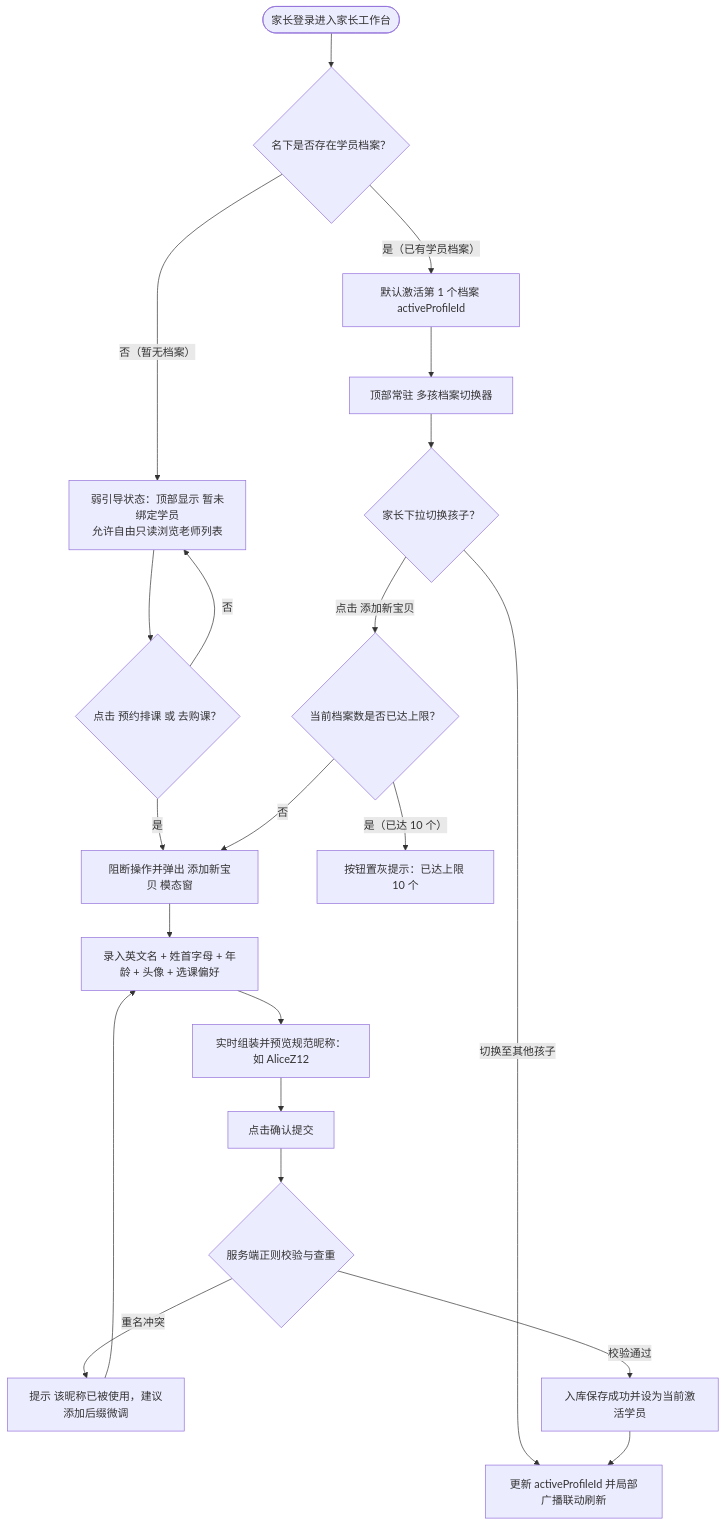
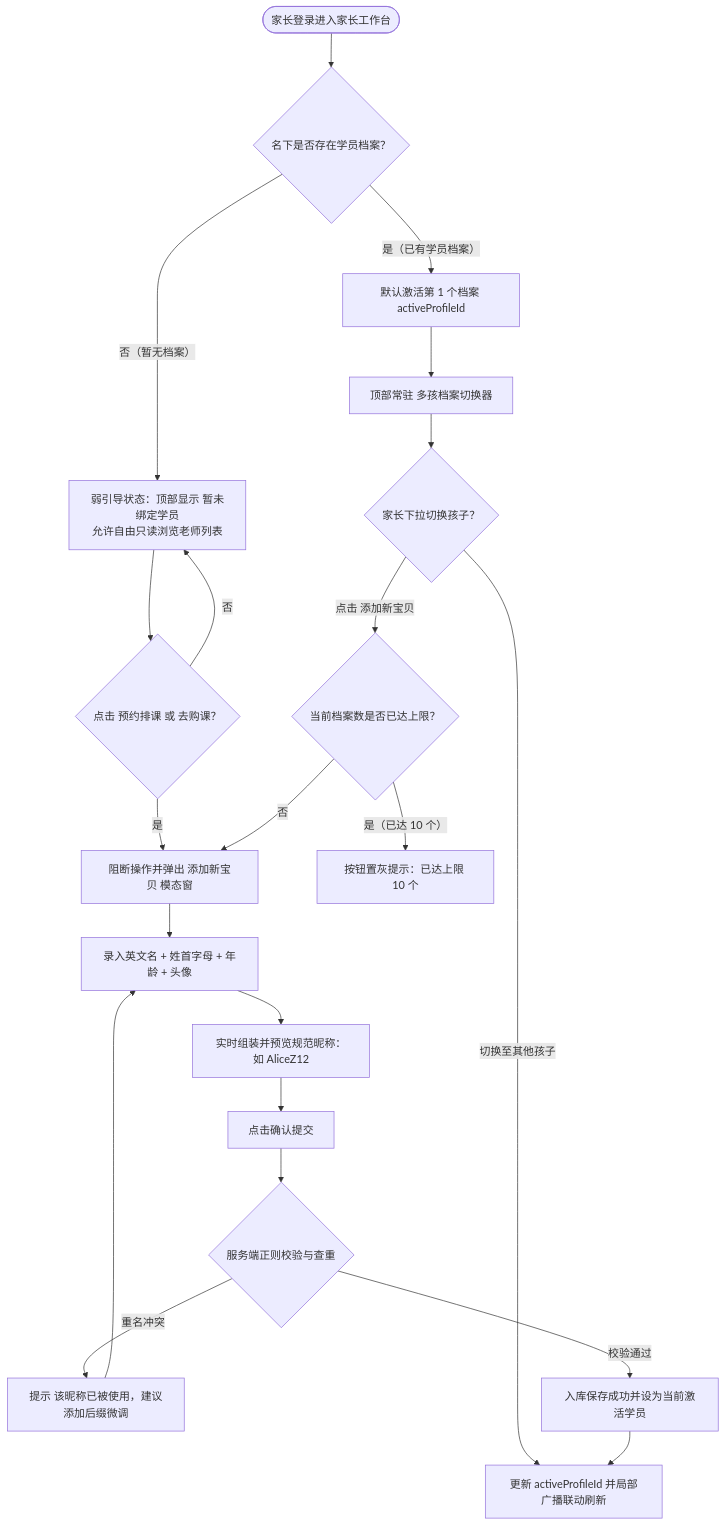
One commit to Onezao/dream changed the first of 6 diagrams in docs/prd/m1a_student_profile.md. Above: the diagram before and after it, drawn with Mermaid. The commit also changed other lines of this file and 15 other files, not shown here.

````diff
--- a/docs/prd/m1a_student_profile.md
+++ b/docs/prd/m1a_student_profile.md
@@ -57,27 +57,27 @@
 ```mermaid
 flowchart TD
     Start(["家长登录进入家长工作台"]) --> CheckProfiles{"名下是否存在学员档案？"}
     
     CheckProfiles -->|"否（暂无档案）"| WeakGuide["弱引导状态：顶部显示 暂未绑定学员<br/>允许自由只读浏览老师列表"]
     WeakGuide --> ActionTrigger{"点击 预约排课 或 去购课？"}
     ActionTrigger -->|"否"| WeakGuide
     ActionTrigger -->|"是"| OpenCreateModal["阻断操作并弹出 添加新宝贝 模态窗"]
 
     CheckProfiles -->|"是（已有学员档案）"| LoadDefault["默认激活第 1 个档案 activeProfileId"]
     LoadDefault --> RenderSwitcher["顶部常驻 多孩档案切换器"]
     RenderSwitcher --> SwitchClick{"家长下拉切换孩子？"}
     SwitchClick -->|"切换至其他孩子"| BroadcastActive["更新 activeProfileId 并局部广播联动刷新"]
     SwitchClick -->|"点击 添加新宝贝"| CheckLimit{"当前档案数是否已达上限？"}
     
     CheckLimit -->|"是（已达 10 个）"| DisableAdd["按钮置灰提示：已达上限 10 个"]
     CheckLimit -->|"否"| OpenCreateModal
 
-    OpenCreateModal --> InputForm["录入英文名 + 姓首字母 + 年龄 + 头像 + 选课偏好"]
+    OpenCreateModal --> InputForm["录入英文名 + 姓首字母 + 年龄 + 头像"]
     InputForm --> LivePreview["实时组装并预览规范昵称：如 AliceZ12"]
     LivePreview --> SubmitCreate["点击确认提交"]
     
     SubmitCreate --> ServerVerify{"服务端正则校验与查重"}
     ServerVerify -->|"重名冲突"| ShowError["提示 该昵称已被使用，建议添加后缀微调"] --> InputForm
     ServerVerify -->|"校验通过"| CreateSuccess["入库保存成功并设为当前激活学员"]
     CreateSuccess --> BroadcastActive
 ```
````
